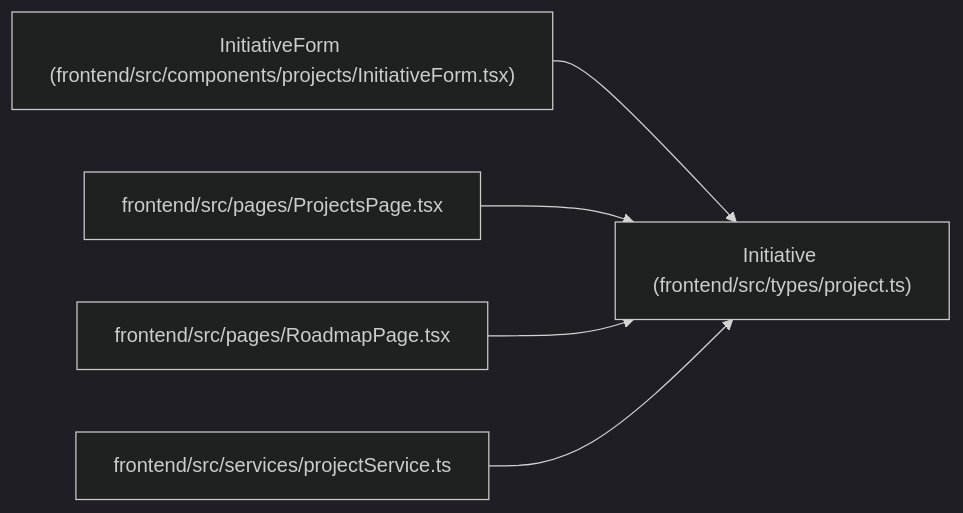
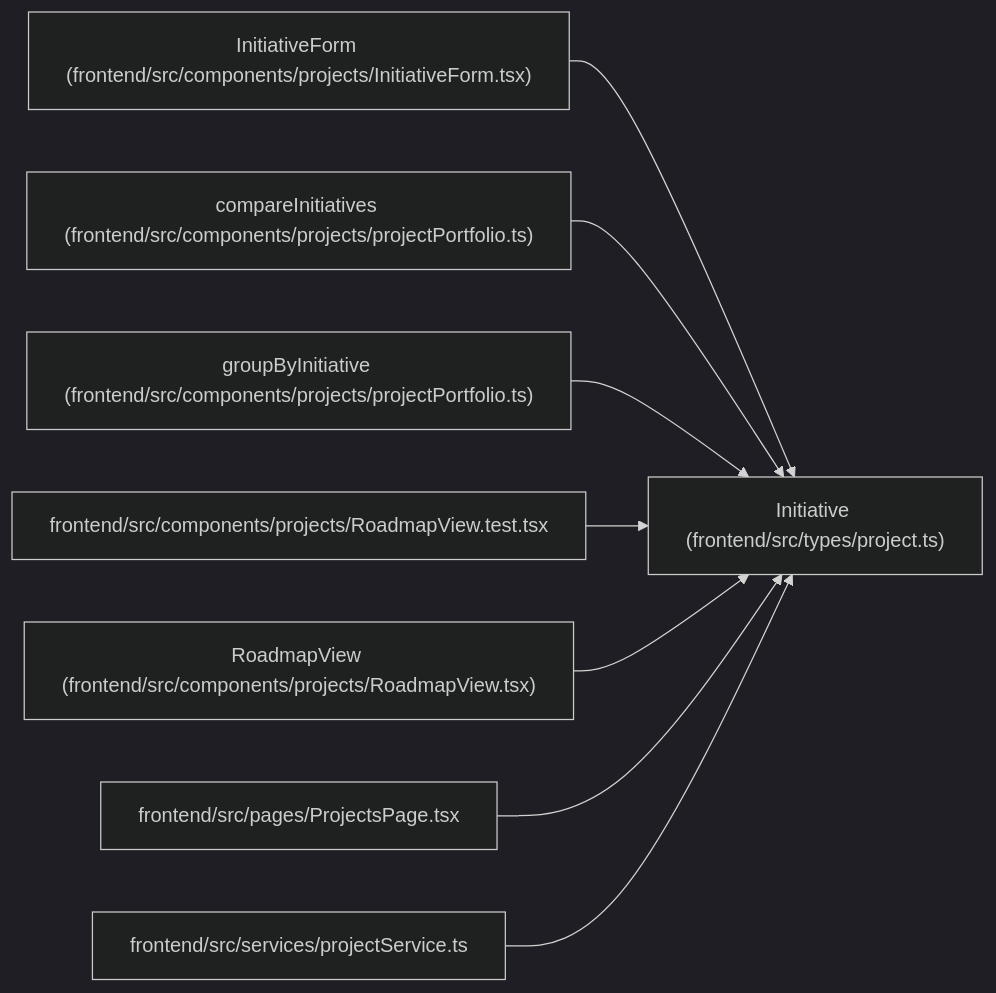
Before and after one commit to Denissvgn/WorkChord: the diagram in docs/llm_wiki/entities/types_project_Initiative.md, drawn with Mermaid (dark theme). The commit also changed other lines of this file and 2373 other files, not shown here.

````diff
--- a/docs/llm_wiki/entities/types_project_Initiative.md
+++ b/docs/llm_wiki/entities/types_project_Initiative.md
@@ -35,17 +35,26 @@
 ```mermaid
 flowchart LR
     n0["Initiative (frontend/src/types/project.ts)"]
     n1["InitiativeForm (frontend/src/components/projects/InitiativeForm.tsx)"]
-    n2["frontend/src/pages/ProjectsPage.tsx"]
-    n3["frontend/src/pages/RoadmapPage.tsx"]
-    n4["frontend/src/services/projectService.ts"]
+    n2["compareInitiatives (frontend/src/components/projects/projectPortfolio.ts)"]
+    n3["groupByInitiative (frontend/src/components/projects/projectPortfolio.ts)"]
+    n4["frontend/src/components/projects/RoadmapView.test.tsx"]
+    n5["RoadmapView (frontend/src/components/projects/RoadmapView.tsx)"]
+    n6["frontend/src/pages/ProjectsPage.tsx"]
+    n7["frontend/src/services/projectService.ts"]
     n1 --> n0
     n2 --> n0
     n3 --> n0
     n4 --> n0
+    n5 --> n0
+    n6 --> n0
+    n7 --> n0
     click n0 "../modules/types_project.md"
     click n1 "../modules/InitiativeForm.md"
-    click n2 "../modules/ProjectsPage.md"
-    click n3 "../modules/RoadmapPage.md"
-    click n4 "../modules/projectService.md"
+    click n2 "../modules/projectPortfolio.md"
+    click n3 "../modules/projectPortfolio.md"
+    click n4 "../modules/RoadmapView.test.md"
+    click n5 "../modules/RoadmapView.md"
+    click n6 "../modules/ProjectsPage.md"
+    click n7 "../modules/projectService.md"
 ```
````
